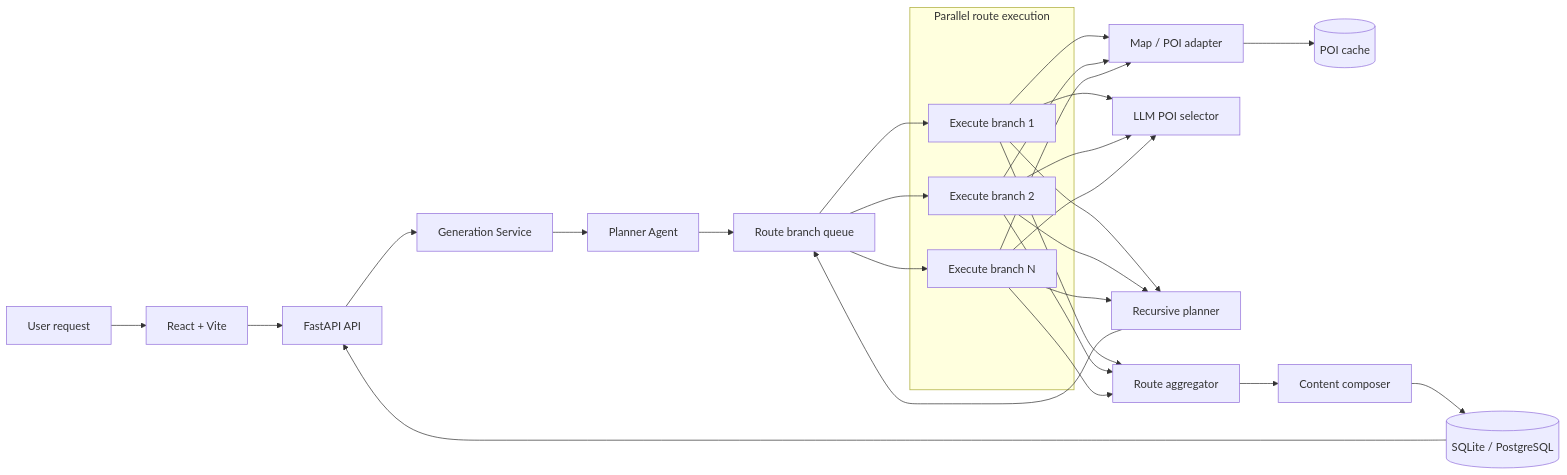
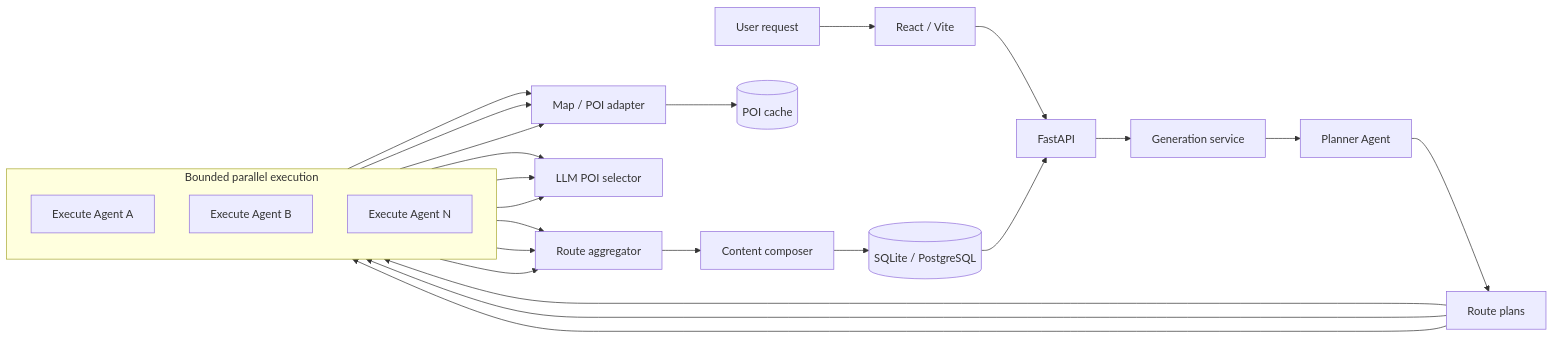
One commit to lianyixin/citycity-agent changed the first of 2 diagrams in README.md. Above: the diagram before and after it, drawn with Mermaid. The commit also changed other lines of this file and 6 other files, not shown here.

````diff
--- a/README.md
+++ b/README.md
@@ -83,38 +88,34 @@
 ```mermaid
 flowchart LR
-    U[User request] --> W[React + Vite]
-    W --> API[FastAPI API]
-    API --> G[Generation Service]
-    G --> P[Planner Agent]
-    P --> B[Route branch queue]
+    U["User request"] --> FE["React / Vite"]
+    FE --> API["FastAPI"]
+    API --> G["Generation service"]
+    G --> P["Planner Agent"]
+    P --> Q["Route plans"]
 
-    B --> E1[Execute branch 1]
-    B --> E2[Execute branch 2]
-    B --> E3[Execute branch N]
-
-    subgraph Parallel route execution
-      E1
-      E2
-      E3
+    subgraph EXEC["Bounded parallel execution"]
+        direction TB
+        E1["Execute Agent A"]
+        E2["Execute Agent B"]
+        EN["Execute Agent N"]
     end
 
-    E1 --> M[Map / POI adapter]
+    Q --> E1
+    Q --> E2
+    Q --> EN
+
+    E1 --> M["Map / POI adapter"]
     E2 --> M
-    E3 --> M
-    E1 --> L[LLM POI selector]
+    EN --> M
+    E1 --> L["LLM POI selector"]
     E2 --> L
-    E3 --> L
+    EN --> L
 
-    M --> C[(POI cache)]
-    E1 --> R[Recursive planner]
-    E2 --> R
-    E3 --> R
-    R --> B
-
-    E1 --> A[Route aggregator]
+    M --> C[("POI cache")]
+    E1 --> A["Route aggregator"]
     E2 --> A
-    E3 --> A
-    A --> X[Content composer]
-    X --> DB[(SQLite / PostgreSQL)]
+    EN --> A
+    A --> X["Content composer"]
+    X --> DB[("SQLite / PostgreSQL")]
     DB --> API
 ```
````
